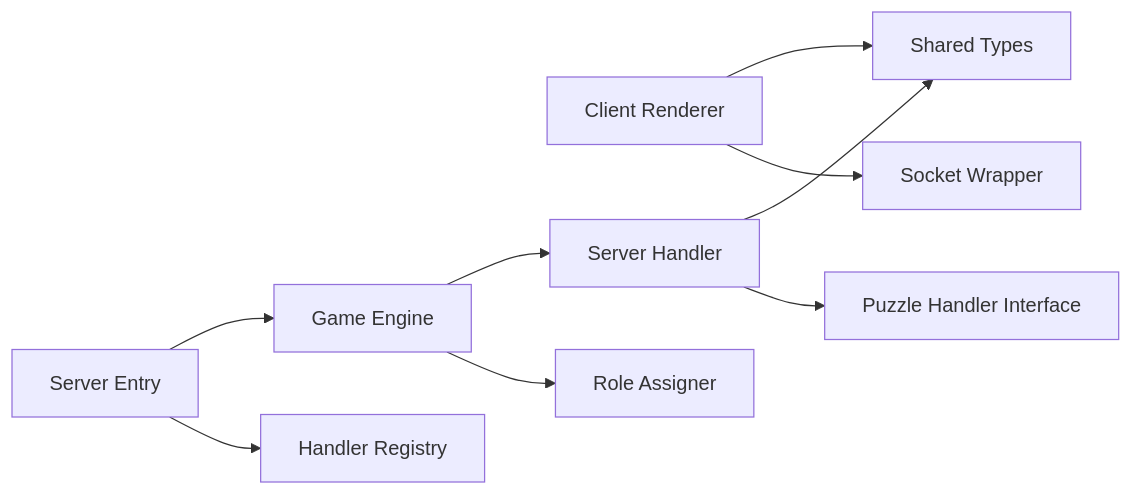
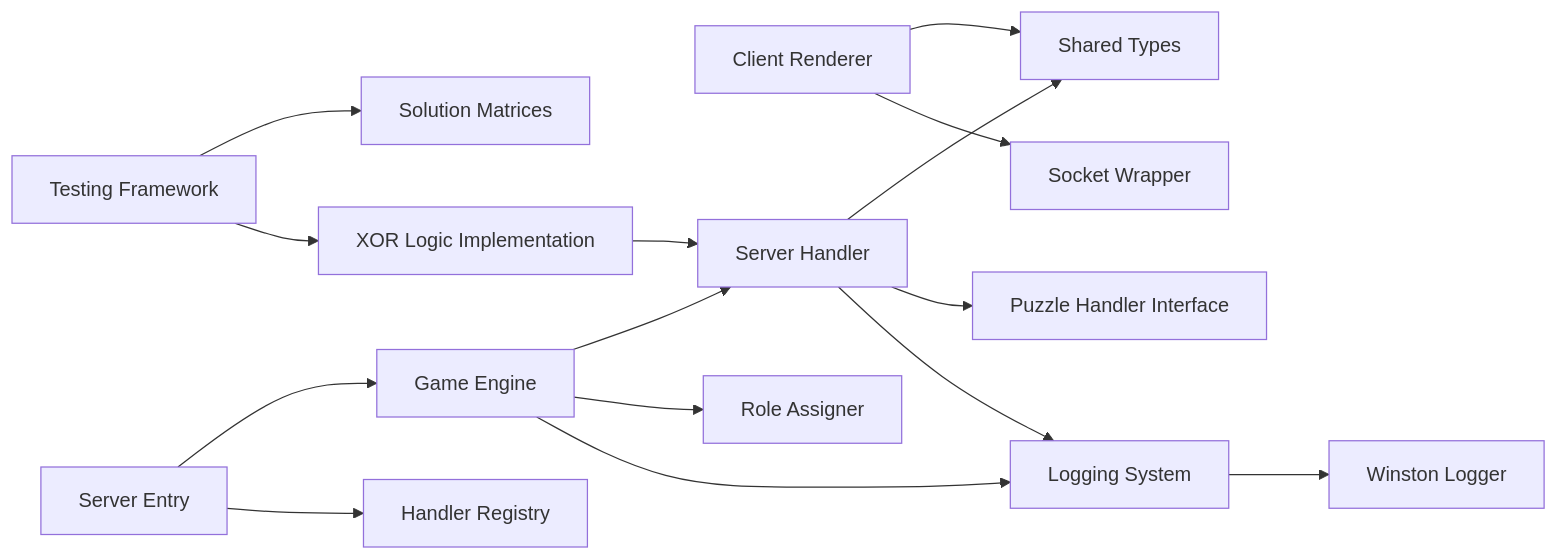
One commit to dkoukoul/escape-room-mvp changed the ninth of 9 diagrams in .qoder/repowiki/en/content/Puzzle System/Collaborative Wiring Puzzle.md. Above: the diagram before and after it, drawn with Mermaid. The commit also changed other lines of this file and 21 other files, not shown here.

````diff
--- a/.qoder/repowiki/en/content/Puzzle System/Collaborative Wiring Puzzle.md
+++ b/.qoder/repowiki/en/content/Puzzle System/Collaborative Wiring Puzzle.md
@@ -327,11 +612,17 @@
 ```mermaid
 graph LR
 ClientRenderer["Client Renderer"] --> SharedTypes["Shared Types"]
 ClientRenderer --> SocketWrapper["Socket Wrapper"]
 ServerHandler["Server Handler"] --> SharedTypes
 ServerHandler --> HandlerInterface["Puzzle Handler Interface"]
+ServerHandler --> LoggerSystem["Logging System"]
 GameEngine["Game Engine"] --> ServerHandler
 GameEngine --> RoleAssigner["Role Assigner"]
+GameEngine --> LoggerSystem
 ServerEntry["Server Entry"] --> GameEngine
 ServerEntry --> HandlerRegistry["Handler Registry"]
+LoggerSystem --> WinstonLogger["Winston Logger"]
+TestingFramework["Testing Framework"] --> SolutionMatrices["Solution Matrices"]
+TestingFramework --> XORLogic["XOR Logic Implementation"]
+XORLogic --> ServerHandler
 ```
````
